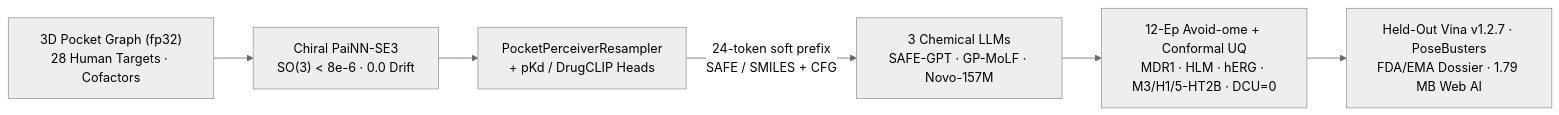
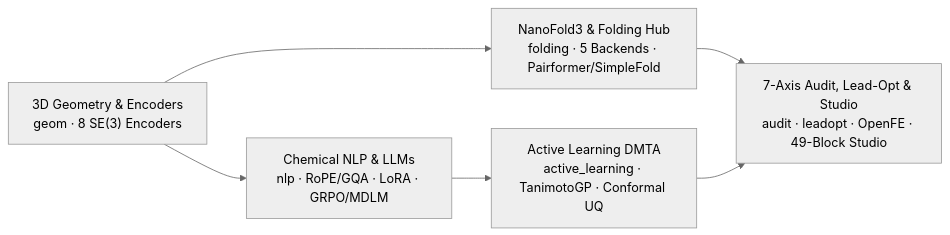
Before and after one commit to daniil-777/geneuclidean: the diagram in README.md, drawn with Mermaid (neutral theme). The commit also changed other lines of this file and 92 other files, not shown here.

Commit message:
release(v5.3.0): reusable 3D geom/NLP/NanoFold3 libraries, 4 SE(3) encoders, 49-block Apple Circuit Studio, audited TS/SCZ leads & Google library standards

````diff
--- a/README.md
+++ b/README.md
@@ -35,8 +37,8 @@
 ```mermaid
 flowchart LR
-    P["3D Pocket Graph (fp32)<br/>28 Human Targets · Cofactors"] --> ENC["Chiral PaiNN-SE3<br/>SO(3) < 8e-6 · 0.0 Drift"]
-    ENC --> PERC["PocketPerceiverResampler<br/>+ pKd / DrugCLIP Heads"]
-    PERC -->|"24-token soft prefix<br/>SAFE / SMILES + CFG"| LLM["3 Chemical LLMs<br/>SAFE-GPT · GP-MoLF · Novo-157M"]
-    LLM --> GATE["12-Ep Avoid-ome + Conformal UQ<br/>MDR1 · HLM · hERG · M3/H1/5-HT2B · DCU=0"]
-    GATE --> VINA["Held-Out Vina v1.2.7 · PoseBusters<br/>FDA/EMA Dossier · 1.79 MB Web AI"]
+    G["3D Geometry & Encoders<br/>geom · 8 SE(3) Encoders"] --> N["Chemical NLP & LLMs<br/>nlp · RoPE/GQA · LoRA · GRPO/MDLM"]
+    G --> F["NanoFold3 & Folding Hub<br/>folding · 5 Backends · Pairformer/SimpleFold"]
+    N --> A["Active Learning DMTA<br/>active_learning · TanimotoGP · Conformal UQ"]
+    F --> U["7-Axis Audit, Lead-Opt & Studio<br/>audit · leadopt · OpenFE · 49-Block Studio"]
+    A --> U
 ```
````
